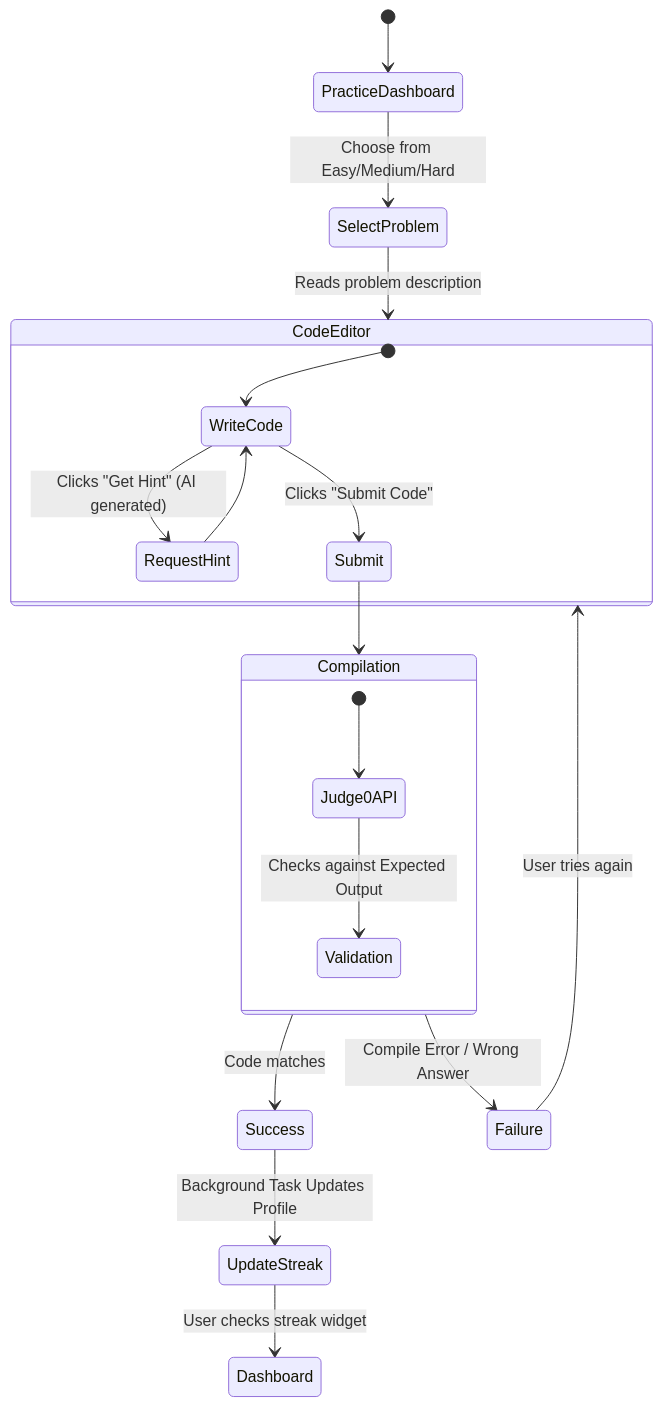
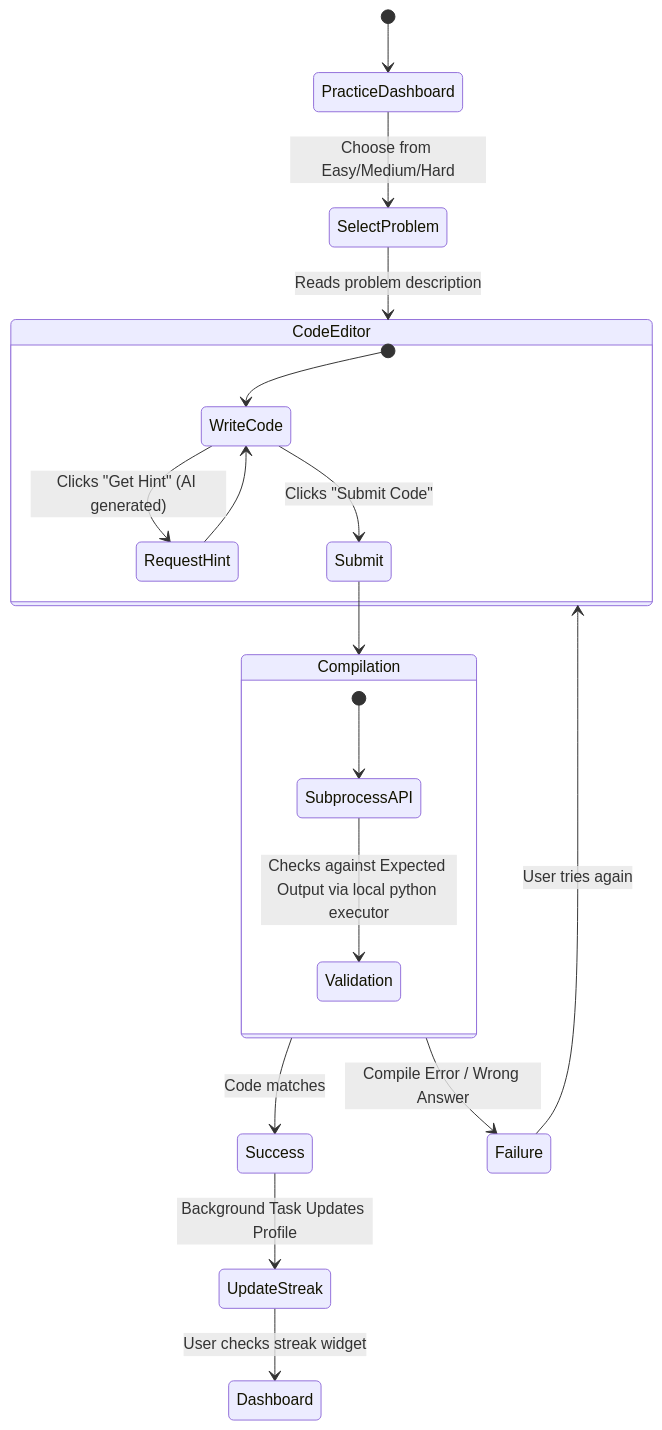
Before and after one commit to AkifNaveed12/AlgoVision--AI-Powered-Data-Structures-Learning-and-Analysis-System: the third of 4 diagrams in docs/diagrams/userflows.md, drawn with Mermaid. The commit also changed other lines of this file and 7 other files, not shown here.

Commit message:
fix(docs): correct mermaid syntax, expand system diagrams, and replace Judge0 with local subprocess executor per Roman's v2 pipeline

````diff
--- a/docs/diagrams/userflows.md
+++ b/docs/diagrams/userflows.md
@@ -34,28 +61,28 @@
 ```mermaid
 stateDiagram-v2
     [*] --> PracticeDashboard
     
     PracticeDashboard --> SelectProblem : Choose from Easy/Medium/Hard
     SelectProblem --> CodeEditor : Reads problem description
     
     state CodeEditor {
         [*] --> WriteCode
         WriteCode --> RequestHint : Clicks "Get Hint" (AI generated)
         RequestHint --> WriteCode
         WriteCode --> Submit : Clicks "Submit Code"
     }
     
     Submit --> Compilation
     
     state Compilation {
-        [*] --> Judge0API
-        Judge0API --> Validation : Checks against Expected Output
+        [*] --> SubprocessAPI
+        SubprocessAPI --> Validation : Checks against Expected Output via local python executor
     }
     
     Compilation --> Success : Code matches
     Compilation --> Failure : Compile Error / Wrong Answer
     
     Success --> UpdateStreak : Background Task Updates Profile
     Failure --> CodeEditor : User tries again
     UpdateStreak --> Dashboard : User checks streak widget
 ```
````
